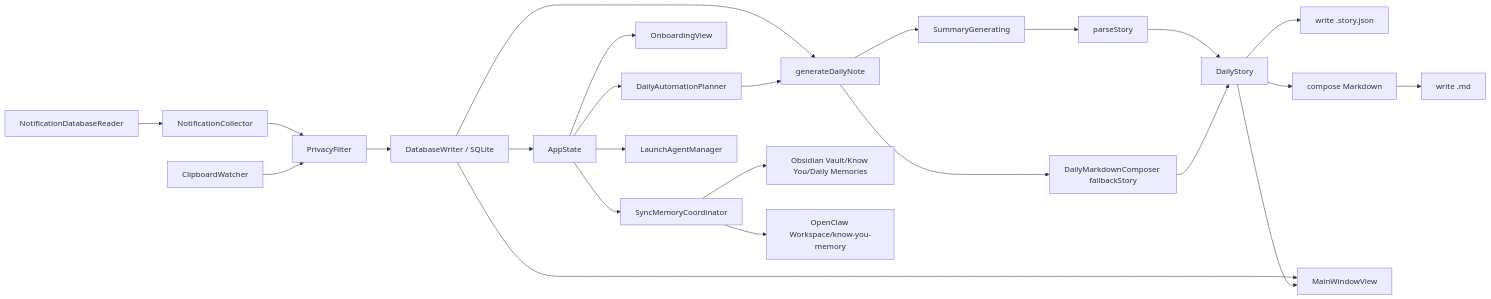
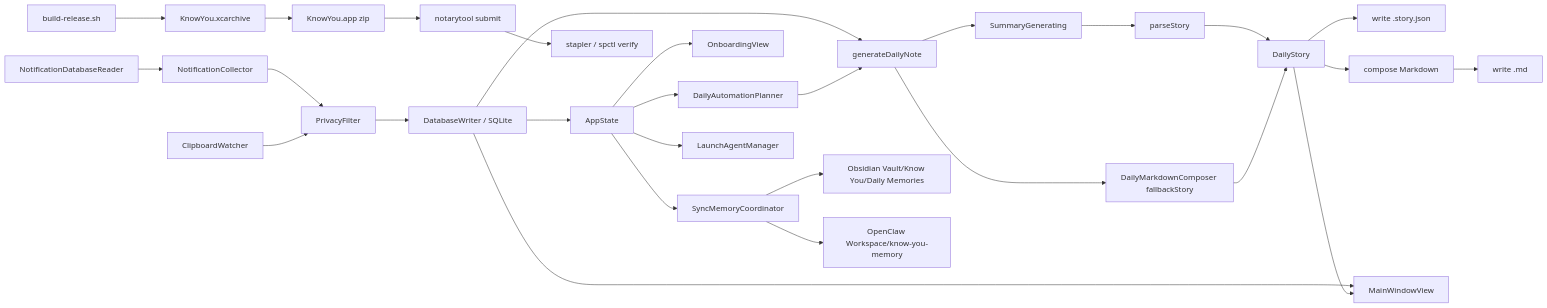
One commit to gift-is-coding/know-you-open-source changed the first of 2 diagrams in docs/architecture.md. Above: the diagram before and after it, drawn with Mermaid. The commit also changed other lines of this file and 13 other files, not shown here.

````diff
--- a/docs/architecture.md
+++ b/docs/architecture.md
@@ -30,26 +31,30 @@
 ```mermaid
 flowchart LR
     A[ClipboardWatcher] --> B[PrivacyFilter]
     C[NotificationDatabaseReader] --> D[NotificationCollector]
     D --> B
     B --> E[DatabaseWriter / SQLite]
     E --> F[AppState]
     F --> G[DailyAutomationPlanner]
     G --> H[generateDailyNote]
     E --> H
     H --> I[DailyMarkdownComposer fallbackStory]
     H --> J[SummaryGenerating]
     J --> K[parseStory]
     I --> L[DailyStory]
     K --> L
     L --> M[write .story.json]
     L --> N[compose Markdown]
     N --> O[write .md]
     L --> P[MainWindowView]
     F --> Q[OnboardingView]
     E --> P
     F --> R[SyncMemoryCoordinator]
     R --> S[Obsidian Vault/Know You/Daily Memories]
     R --> T[OpenClaw Workspace/know-you-memory]
     F --> U[LaunchAgentManager]
+    V[build-release.sh] --> W[KnowYou.xcarchive]
+    W --> X[KnowYou.app zip]
+    X --> Y[notarytool submit]
+    Y --> Z[stapler / spctl verify]
 ```
````
